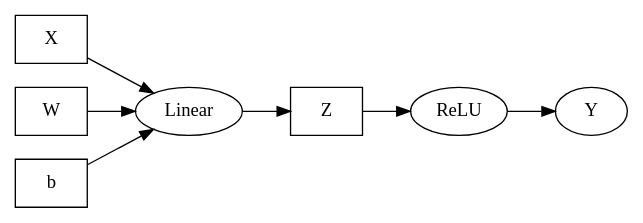
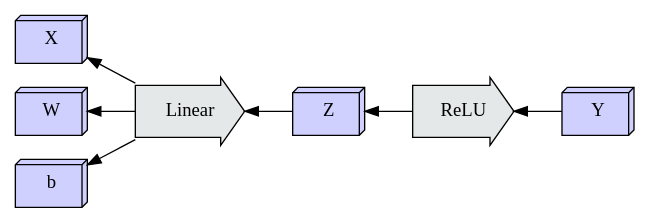
The eighth of 55 diagrams in source/Tapestry/index.md (crutcher/crutcher.github.io-source), drawn with Graphviz before and after one commit. The commit also changed other lines of this file, not shown here.

Commit message:
graph ordering

````diff
--- a/source/Tapestry/index.md
+++ b/source/Tapestry/index.md
@@ -1220,13 +1359,20 @@
 ```graphviz
 digraph D {
-    rankdir=LR;
-    X, W, b, Z [shape=box];
+    rankdir=RL;
+    X, W, b, Z, Y [shape=box3d, fillcolor="#d0d0ff", style=filled];
+    Linear, ReLU [
+        shape=rarrow,
+        margin=0.25,
+        style=filled,
+        fillcolor="#E5E8E8",
+    ];
     
-    X -> Linear;
-    W -> Linear;
-    b -> Linear;
-    Linear -> Z;
-    Z -> ReLU;
-    ReLU -> Y;
+    Linear -> X;
+    Linear -> W;
+    Linear -> b;
+    
+    Z -> Linear;
+    ReLU -> Z;
+    Y -> ReLU;
 }
 ```
````
